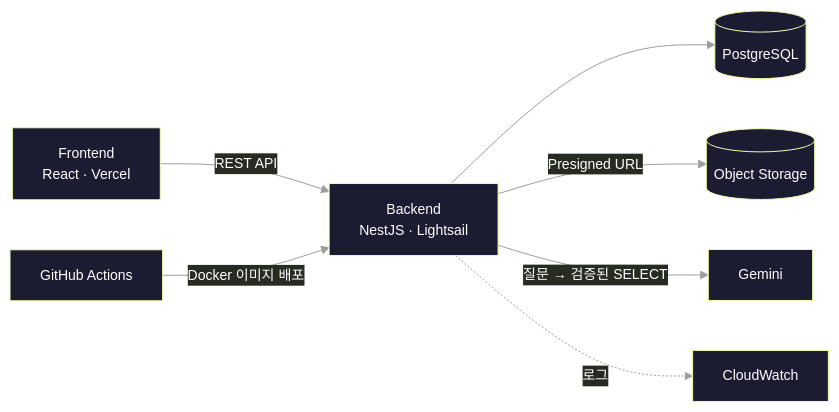
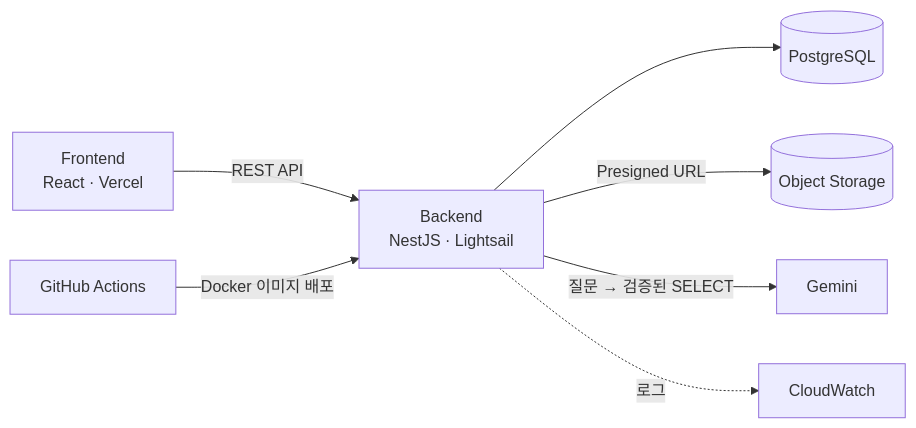
The diagram in README.md (BandCo-House/BandCo), drawn with Mermaid before and after one commit. The commit also changed other lines of this file and 6 other files, not shown here.

````diff
--- a/README.md
+++ b/README.md
@@ -133,10 +60,9 @@
 ```mermaid
-%%{init: {'theme': 'base', 'themeVariables': {'primaryColor': '#1b1b32', 'primaryTextColor': '#ffffff', 'primaryBorderColor': '#ecfcab', 'lineColor': '#9d9d9f', 'secondaryColor': '#272b22', 'tertiaryColor': '#020119', 'edgeLabelBackground': '#272b22', 'fontSize': '14px'}}}%%
 flowchart LR
   web["Frontend<br>React · Vercel"] -->|REST API| api["Backend<br>NestJS · Lightsail"]
   api --> db[("PostgreSQL")]
   api -->|Presigned URL| storage[("Object Storage")]
   api -->|질문 → 검증된 SELECT| llm["Gemini"]
   gha["GitHub Actions"] -->|Docker 이미지 배포| api
   api -.->|로그| cw["CloudWatch"]
 ```
````
